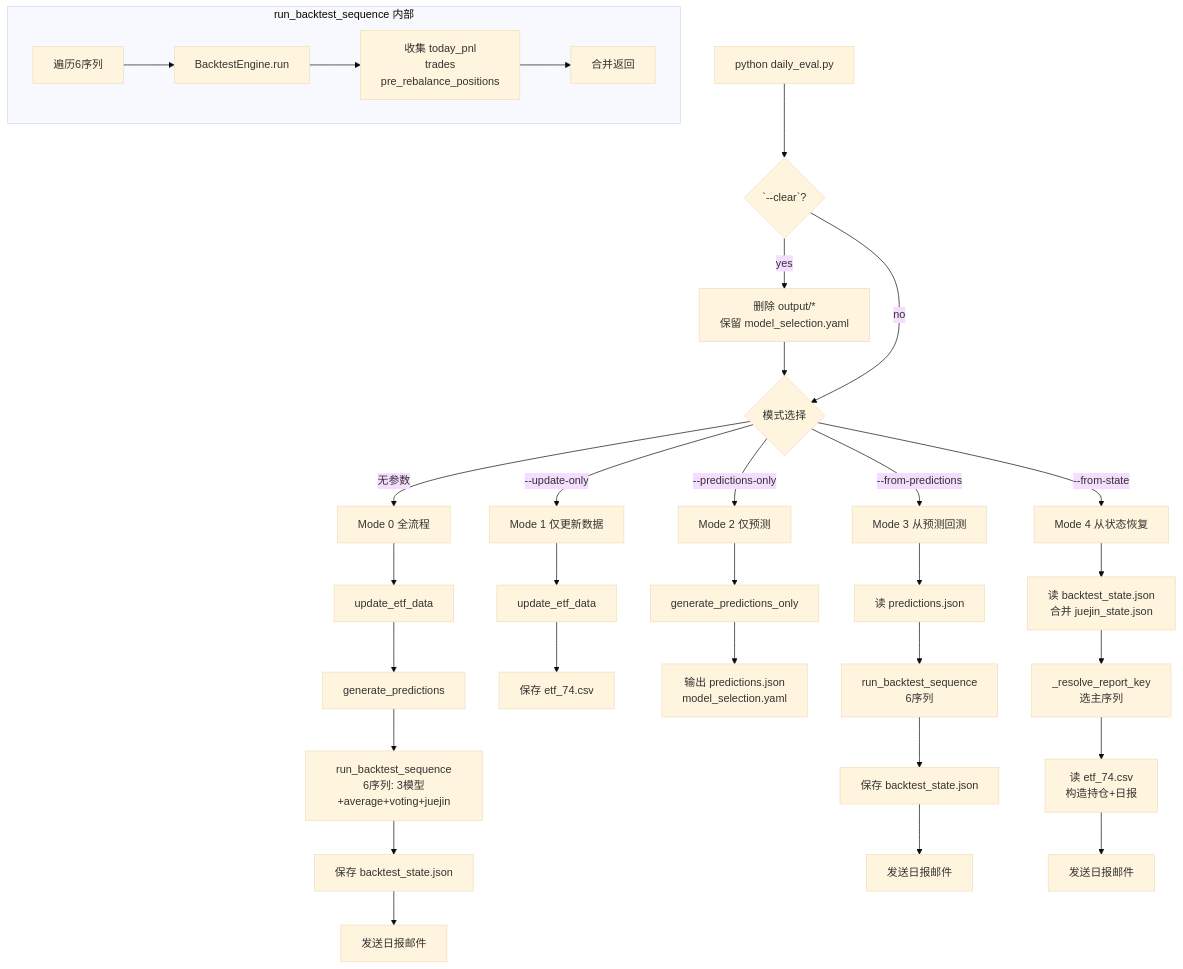
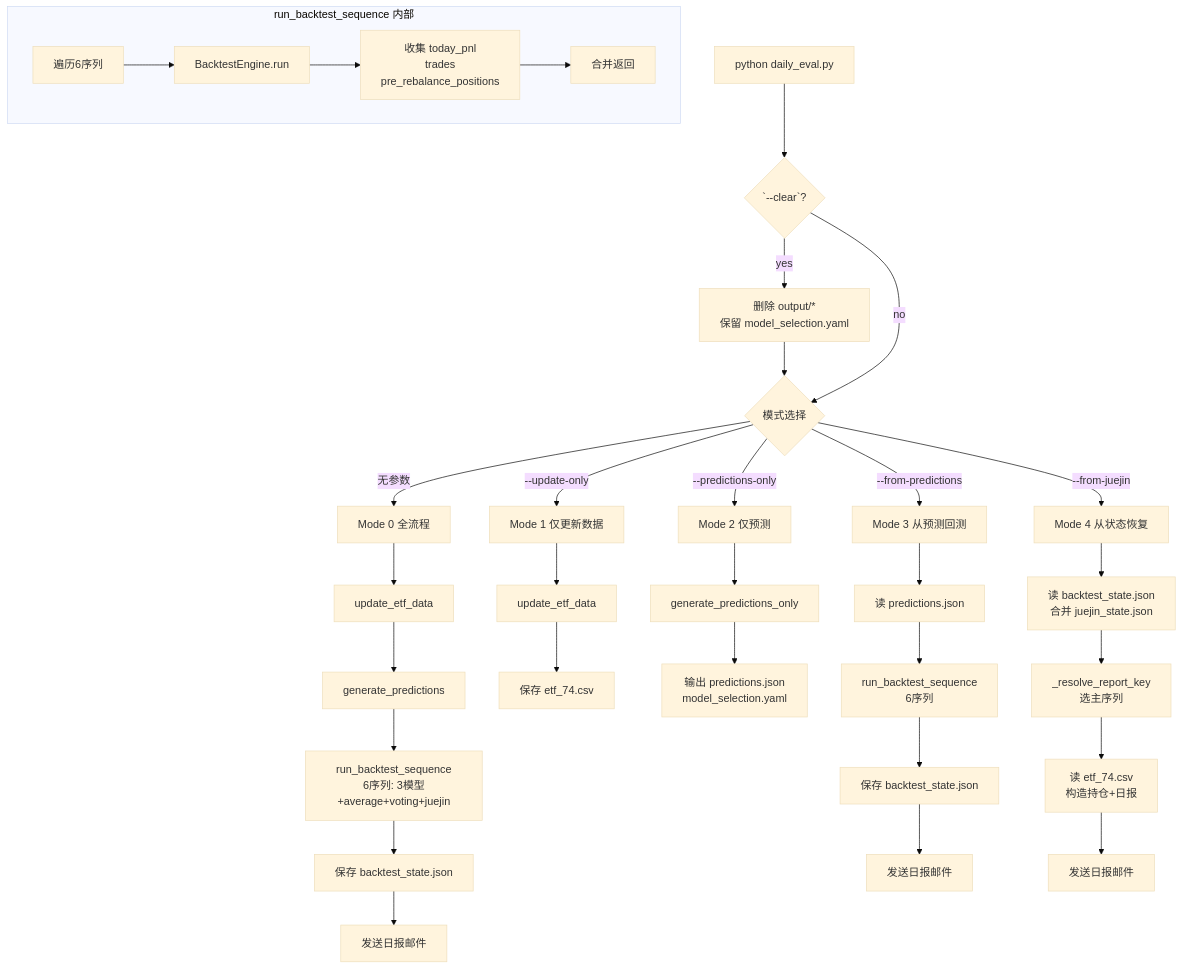
The diagram in AGENTS.md (xyl-27/ETF), drawn with Mermaid (base theme) before and after one commit. The commit also changed other lines of this file and 7 other files, not shown here.

````diff
--- a/AGENTS.md
+++ b/AGENTS.md
@@ -3,40 +3,40 @@
 ```mermaid
 flowchart TD
     A["`python daily_eval.py`"] --> B{`--clear`?}
     B -->|yes| Z[删除 output/*<br>保留 model_selection.yaml]
     Z --> C{模式选择}
     B -->|no| C
 
     C -->|无参数| D0[Mode 0 全流程]
     D0 --> D0a[update_etf_data]
     D0a --> D0b[generate_predictions]
     D0b --> D0c[run_backtest_sequence<br>6序列: 3模型+average+voting+juejin]
     D0c --> D0d[保存 backtest_state.json]
     D0d --> D0e[发送日报邮件]
 
     C -->|--update-only| D1[Mode 1 仅更新数据]
     D1 --> D1a[update_etf_data]
     D1a --> D1b[保存 etf_74.csv]
 
     C -->|--predictions-only| D2[Mode 2 仅预测]
     D2 --> D2a[generate_predictions_only]
     D2a --> D2b[输出 predictions.json<br>model_selection.yaml]
 
     C -->|--from-predictions| D3[Mode 3 从预测回测]
     D3 --> D3a[读 predictions.json]
     D3a --> D3b[run_backtest_sequence<br>6序列]
     D3b --> D3c[保存 backtest_state.json]
     D3c --> D3d[发送日报邮件]
 
-    C -->|--from-state| D4[Mode 4 从状态恢复]
+    C -->|--from-juejin| D4[Mode 4 从状态恢复]
     D4 --> D4a[读 backtest_state.json<br>合并 juejin_state.json]
     D4a --> D4b[_resolve_report_key<br>选主序列]
     D4b --> D4c[读 etf_74.csv<br>构造持仓+日报]
     D4c --> D4d[发送日报邮件]
 
     subgraph run_backtest_sequence 内部
         RBS[遍历6序列] --> RBS1[BacktestEngine.run]
         RBS1 --> RBS2[收集 today_pnl<br>trades<br>pre_rebalance_positions]
         RBS2 --> RBS3[合并返回]
     end
 ```
````
